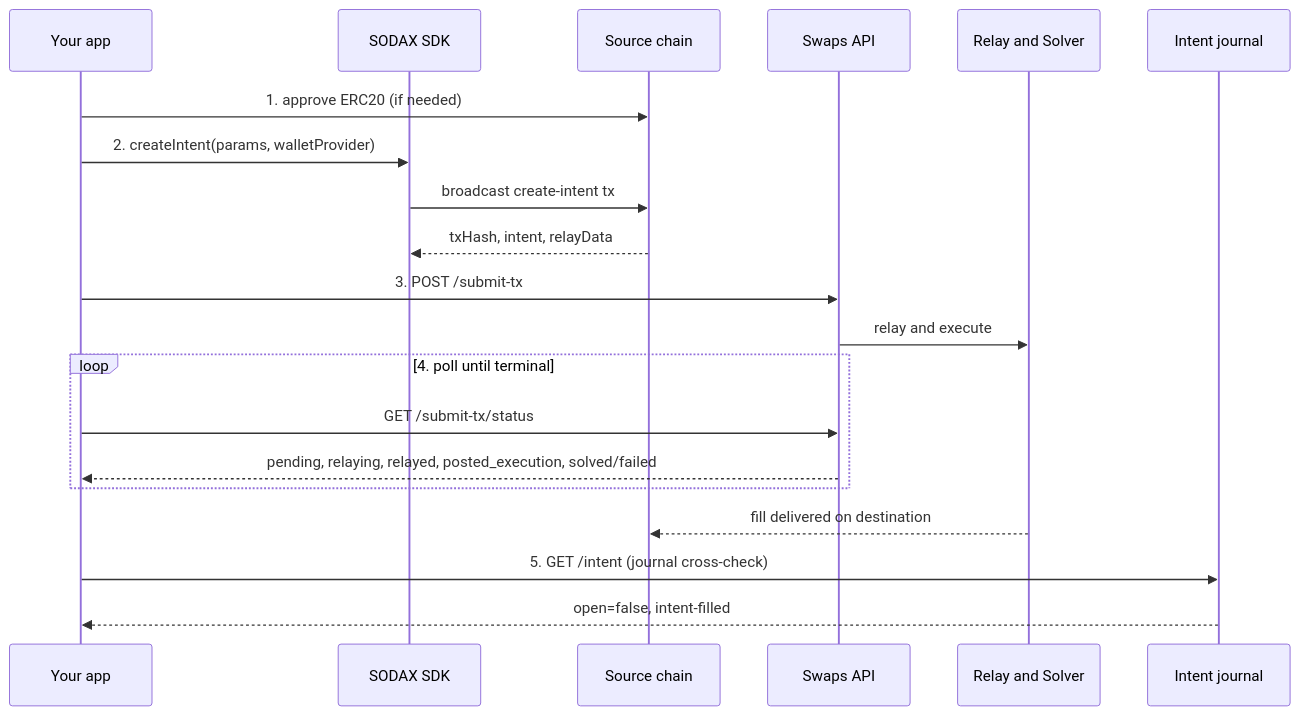
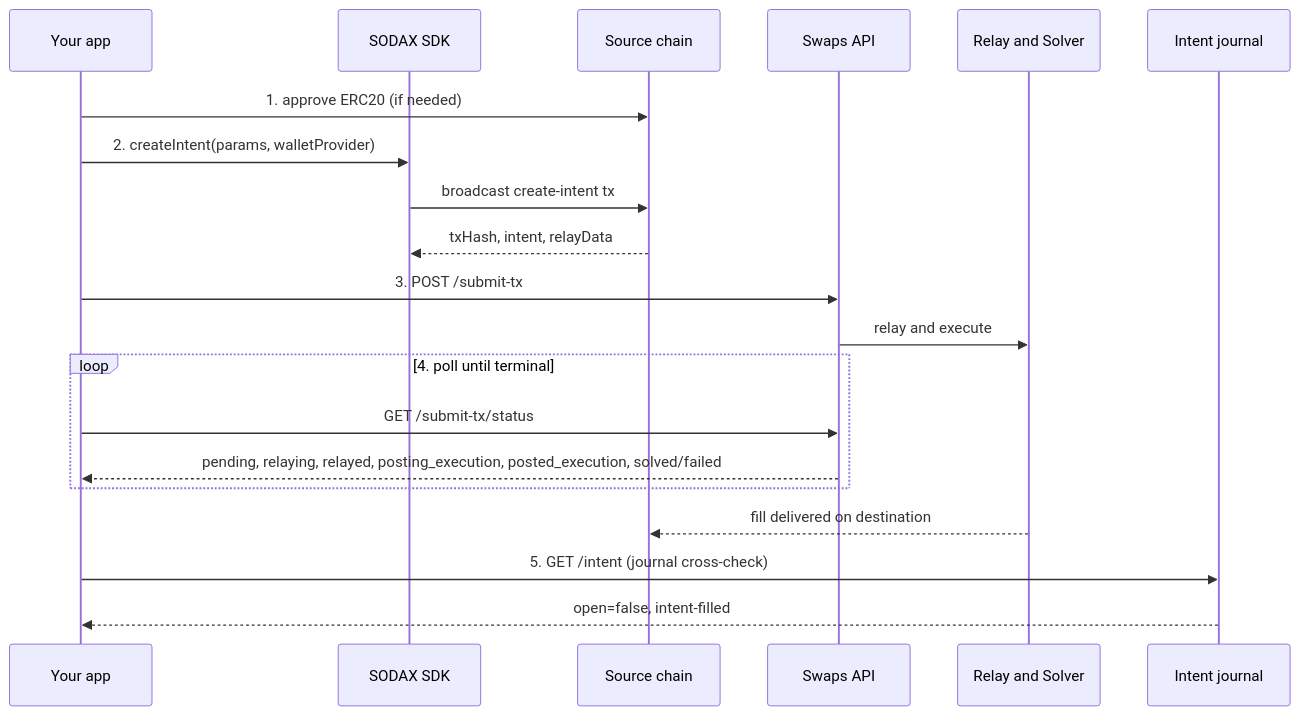
The diagram in README.md (icon-project/poc-swap-intent-sender), drawn with Mermaid before and after one commit. The commit also changed 2 other files, not shown here.

Commit message:
docs(swaps): fix status-vocabulary/diagram consistency (Copilot review)
- README mermaid diagram: include the `posting_execution` phase so it matches
  the full submit-tx/status lifecycle described elsewhere.
- INSTRUCTIONS: "otherwise-executed run" -> "otherwise-successful run"
  (`executed` is no longer the terminal swaps-api status; it's `solved`).
- chain-hop profile log: "swaps-api executed at" -> "swaps-api solved at"
  to match the measured terminal phase.

````diff
--- a/README.md
+++ b/README.md
@@ -135,23 +135,23 @@
 ```mermaid
 sequenceDiagram
     participant U as Your app
     participant SDK as SODAX SDK
     participant Chain as Source chain
     participant API as Swaps API
     participant Solver as Relay and Solver
     participant J as Intent journal
 
     U->>Chain: 1. approve ERC20 (if needed)
     U->>SDK: 2. createIntent(params, walletProvider)
     SDK->>Chain: broadcast create-intent tx
     Chain-->>SDK: txHash, intent, relayData
     U->>API: 3. POST /submit-tx
     API->>Solver: relay and execute
     loop 4. poll until terminal
         U->>API: GET /submit-tx/status
-        API-->>U: pending, relaying, relayed, posted_execution, solved/failed
+        API-->>U: pending, relaying, relayed, posting_execution, posted_execution, solved/failed
     end
     Solver-->>Chain: fill delivered on destination
     U->>J: 5. GET /intent (journal cross-check)
     J-->>U: open=false, intent-filled
 ```
````
